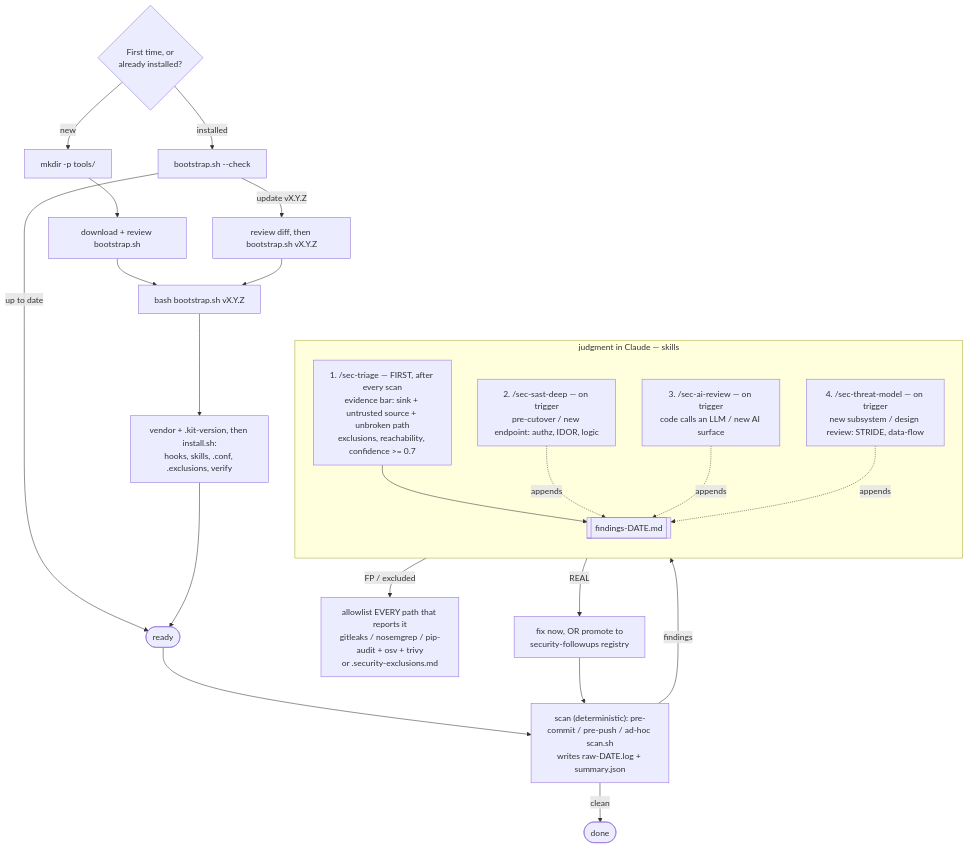
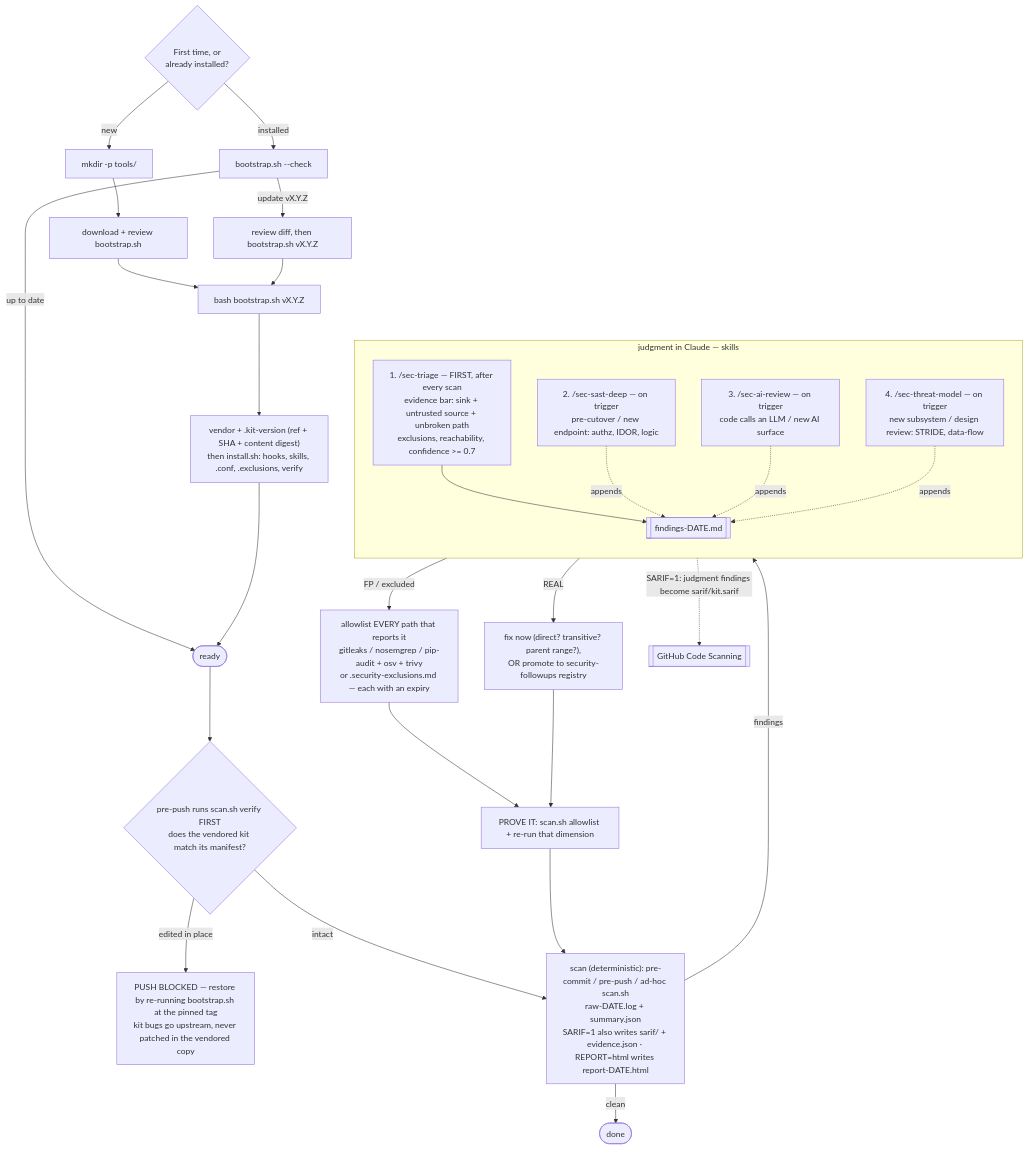
Before and after one commit to boraeresici/security-audit-kit: the diagram in README-tr.md, drawn with Mermaid. The commit also changed other lines of this file and 5 other files, not shown here.

First line of the commit message:
docs: the flow diagrams described less than the kit does (v1.16.1) (#25)

````diff
--- a/README-tr.md
+++ b/README-tr.md
@@ -42,33 +42,38 @@
 ```mermaid
 flowchart TD
     Q{First time, or<br/>already installed?}
     Q -->|new| N1["mkdir -p tools/"]
     N1 --> N2["download + review bootstrap.sh"]
     N2 --> B["bash bootstrap.sh vX.Y.Z"]
     Q -->|installed| C["bootstrap.sh --check"]
     C -->|up to date| R
     C -->|update vX.Y.Z| RV["review diff, then bootstrap.sh vX.Y.Z"]
     RV --> B
-    B --> I["vendor + .kit-version, then install.sh:<br/>hooks, skills, .conf, .exclusions, verify"]
+    B --> I["vendor + .kit-version (ref + SHA + content digest)<br/>then install.sh: hooks, skills, .conf, .exclusions, verify"]
     I --> R(["ready"])
 
-    R --> S["scan (deterministic): pre-commit / pre-push / ad-hoc scan.sh<br/>writes raw-DATE.log + summary.json"]
+    R --> V{"pre-push runs scan.sh verify FIRST<br/>does the vendored kit match its manifest?"}
+    V -->|"edited in place"| VX["PUSH BLOCKED — restore by re-running bootstrap.sh at the pinned tag<br/>kit bugs go upstream, never patched in the vendored copy"]
+    V -->|intact| S["scan (deterministic): pre-commit / pre-push / ad-hoc scan.sh<br/>raw-DATE.log + summary.json<br/>SARIF=1 also writes sarif/ + evidence.json · REPORT=html writes report-DATE.html"]
     S -->|clean| D(["done"])
     S -->|findings| T1
 
     subgraph JUDGE["judgment in Claude — skills"]
       direction TB
       T1["1. /sec-triage — FIRST, after every scan<br/>evidence bar: sink + untrusted source + unbroken path<br/>exclusions, reachability, confidence >= 0.7"]
       DEEP["2. /sec-sast-deep — on trigger<br/>pre-cutover / new endpoint: authz, IDOR, logic"]
       AIR["3. /sec-ai-review — on trigger<br/>code calls an LLM / new AI surface"]
       TM["4. /sec-threat-model — on trigger<br/>new subsystem / design review: STRIDE, data-flow"]
       T1 --> F[["findings-DATE.md"]]
       DEEP -. appends .-> F
       AIR -. appends .-> F
       TM -. appends .-> F
     end
 
-    F -->|FP / excluded| AL["allowlist EVERY path that reports it<br/>gitleaks / nosemgrep / pip-audit + osv + trivy<br/>or .security-exclusions.md"]
-    F -->|REAL| FX["fix now, OR promote to<br/>security-followups registry"]
-    FX --> S
+    F -->|FP / excluded| AL["allowlist EVERY path that reports it<br/>gitleaks / nosemgrep / pip-audit + osv + trivy<br/>or .security-exclusions.md — each with an expiry"]
+    F -->|REAL| FX["fix now (direct? transitive? parent range?),<br/>OR promote to security-followups registry"]
+    AL --> P["PROVE IT: scan.sh allowlist + re-run that dimension"]
+    FX --> P
+    P --> S
+    F -. "SARIF=1: judgment findings become sarif/kit.sarif" .-> CS[["GitHub Code Scanning"]]
 ```
````
